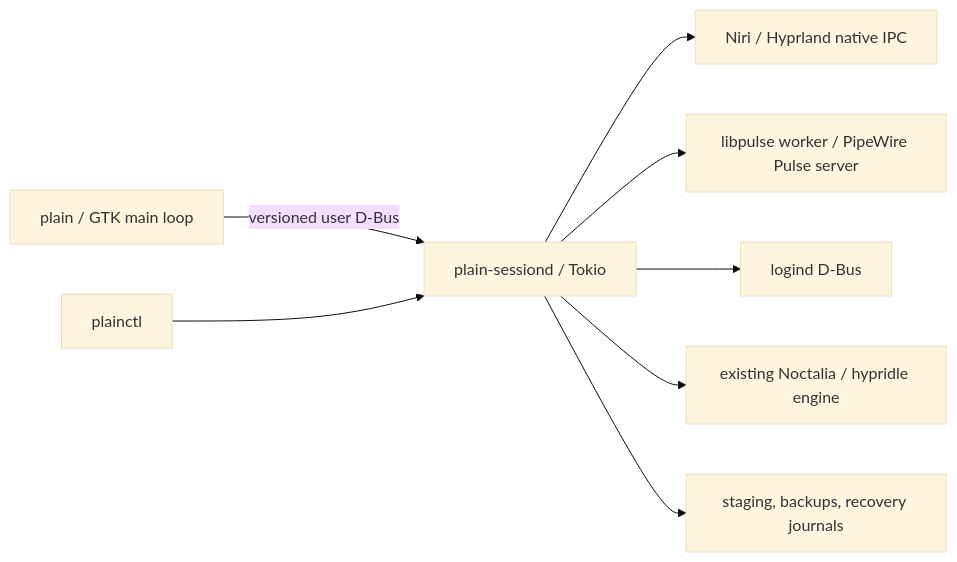
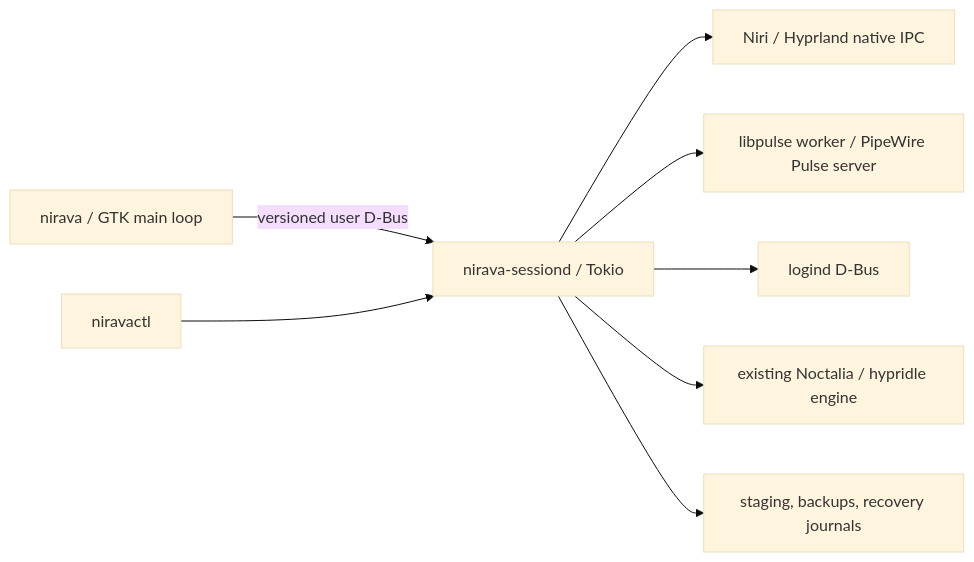
Before and after one commit to Somchandra17/nirava: the diagram in docs/implementation-plan.md, drawn with Mermaid (base theme). The commit also changed other lines of this file and 34 other files, not shown here.

````diff
--- a/docs/implementation-plan.md
+++ b/docs/implementation-plan.md
@@ -23,10 +23,10 @@
 ```mermaid
 flowchart LR
-  UI[plain / GTK main loop] -->|versioned user D-Bus| S[plain-sessiond / Tokio]
-  CLI[plainctl] --> S
+  UI[nirava / GTK main loop] -->|versioned user D-Bus| S[nirava-sessiond / Tokio]
+  CLI[niravactl] --> S
   S --> D[Niri / Hyprland native IPC]
   S --> A[libpulse worker / PipeWire Pulse server]
   S --> L[logind D-Bus]
   S --> I[existing Noctalia / hypridle engine]
   S --> T[staging, backups, recovery journals]
 ```
````
